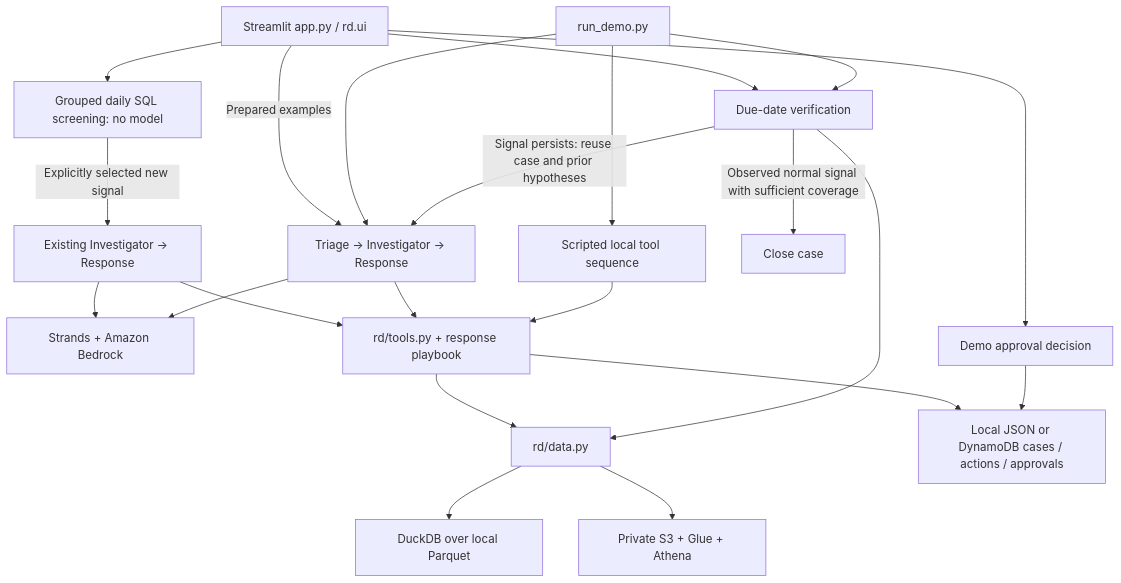
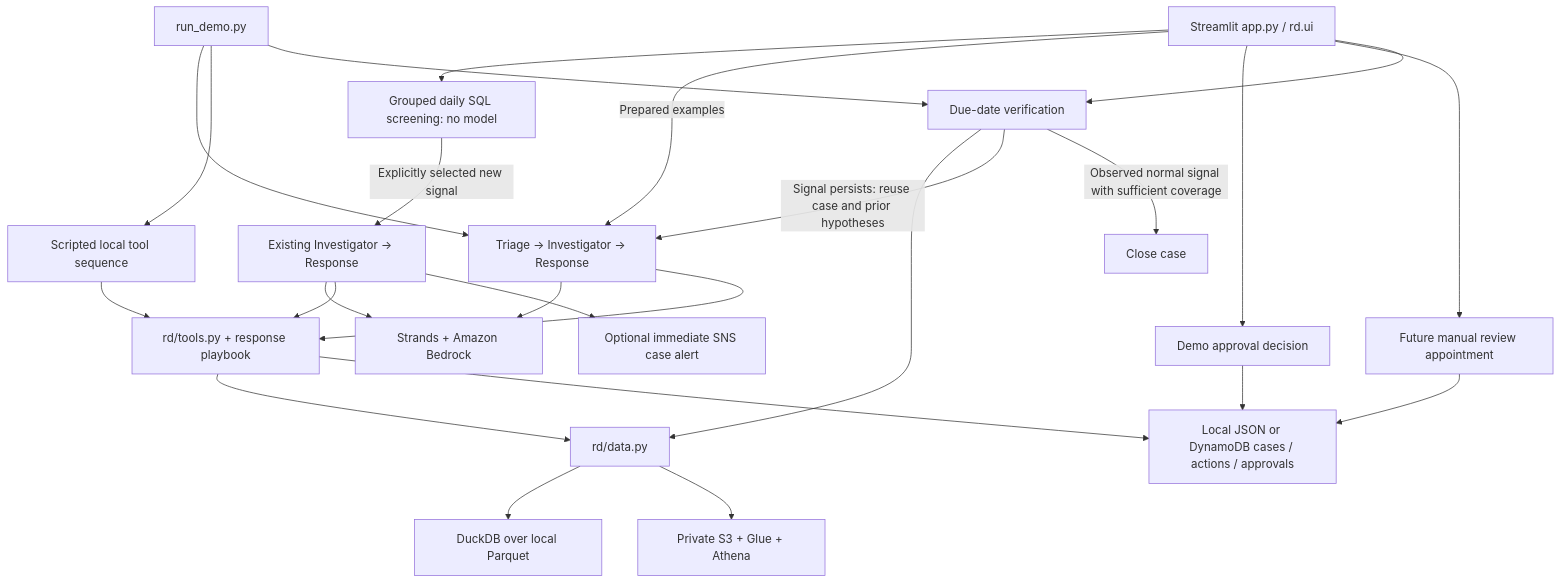
The diagram in docs/ARCHITECTURE.md (yszgit/return-detective), drawn with Mermaid before and after one commit. The commit also changed other lines of this file and 31 other files, not shown here.

````diff
--- a/docs/ARCHITECTURE.md
+++ b/docs/ARCHITECTURE.md
@@ -3,24 +3,27 @@
 ```mermaid
 flowchart TD
     UI[Streamlit app.py / rd.ui] --> Daily[Grouped daily SQL screening: no model]
     Daily -->|Explicitly selected new signal| Review[Existing Investigator → Response]
     UI -->|Prepared examples| Pipeline[Triage → Investigator → Response]
     Review --> Model[Strands + Amazon Bedrock]
     Review --> Tools[rd/tools.py + response playbook]
     CLI[run_demo.py] --> Pipeline
     CLI --> Scripted[Scripted local tool sequence]
     Pipeline --> Model[Strands + Amazon Bedrock]
     Pipeline --> Tools[rd/tools.py + response playbook]
     Scripted --> Tools
     Tools --> Data[rd/data.py]
     Data --> Local[DuckDB over local Parquet]
     Data --> AWS[Private S3 + Glue + Athena]
     Tools --> Store[Local JSON or DynamoDB cases / actions / approvals]
     UI --> Human[Demo approval decision]
     Human --> Store
+    Review --> Alerts[Optional immediate SNS case alert]
+    UI --> Plan[Future manual review appointment]
+    Plan --> Store
     UI --> Verify[Due-date verification]
     CLI --> Verify
     Verify --> Data
     Verify -->|Signal persists: reuse case and prior hypotheses| Pipeline
     Verify -->|Observed normal signal with sufficient coverage| Closed[Close case]
 ```
````
